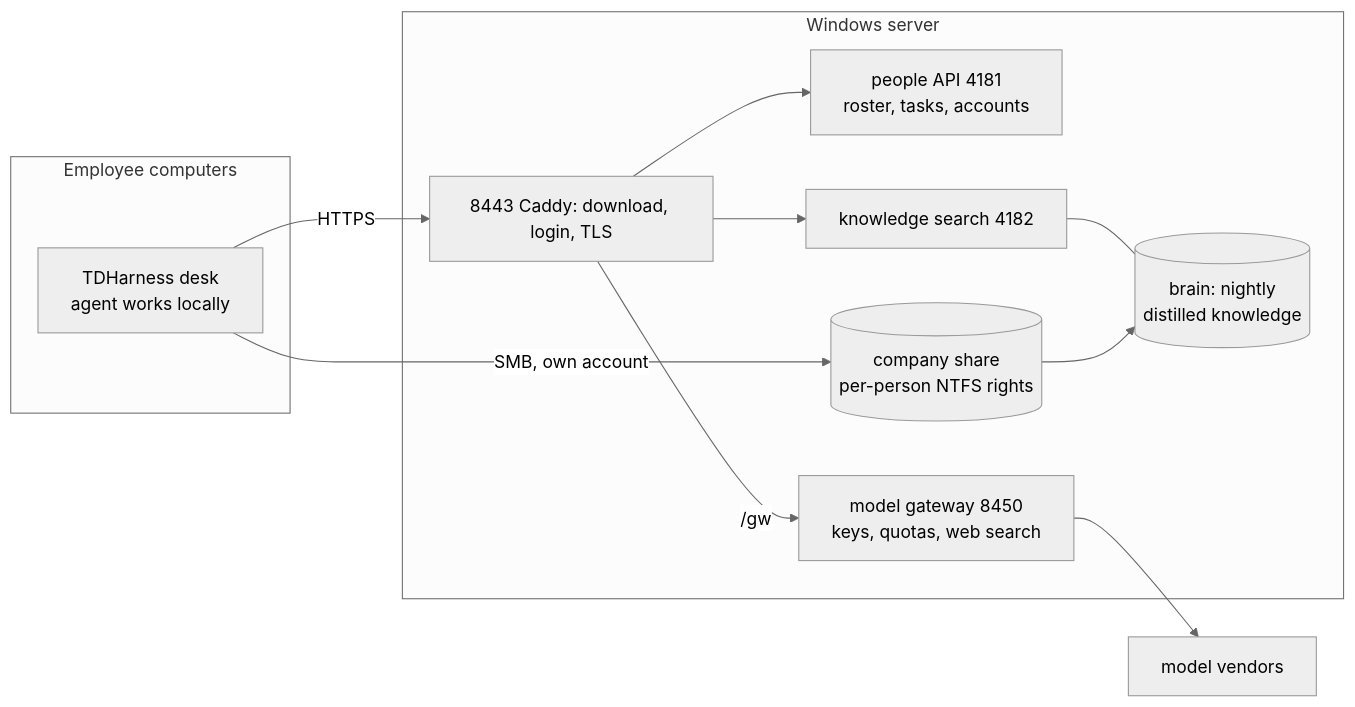
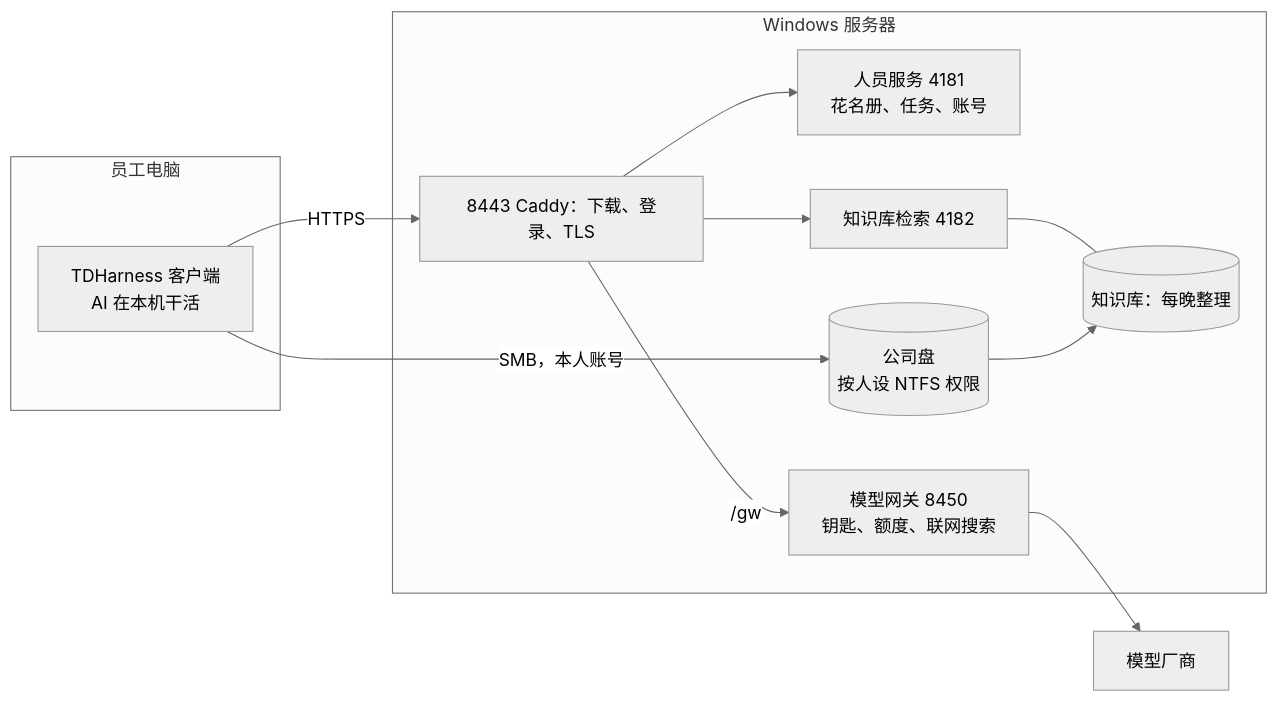
Before and after one commit to 398894496-arch/TDHarness-coding: the diagram in README.md, drawn with Mermaid (neutral theme). The commit also changed other lines of this file and 27 other files, not shown here.

````diff
--- a/README.md
+++ b/README.md
@@ -34,22 +99,22 @@
 ```mermaid
 flowchart LR
-  subgraph PCs[Employee computers]
-    D1[TDHarness desk<br/>agent works locally]
+  subgraph PCs[员工电脑]
+    D1[TDHarness 客户端<br/>AI 在本机干活]
   end
-  subgraph S[Windows server]
-    W[8443 Caddy: download, login, TLS]
-    P[people API 4181<br/>roster, tasks, accounts]
-    K[knowledge search 4182]
-    G[model gateway 8450<br/>keys, quotas, web search]
-    F[(company share<br/>per-person NTFS rights)]
-    B[(brain: nightly<br/>distilled knowledge)]
+  subgraph S[Windows 服务器]
+    W[8443 Caddy：下载、登录、TLS]
+    P[人员服务 4181<br/>花名册、任务、账号]
+    K[知识库检索 4182]
+    G[模型网关 8450<br/>钥匙、额度、联网搜索]
+    F[(公司盘<br/>按人设 NTFS 权限)]
+    B[(知识库：每晚整理)]
   end
   D1 -- HTTPS --> W
   W --> P
   W --> K
   W -- /gw --> G
-  D1 -- SMB, own account --> F
-  G --> V[model vendors]
+  D1 -- SMB，本人账号 --> F
+  G --> V[模型厂商]
   K --- B
   F --> B
 ```
````
